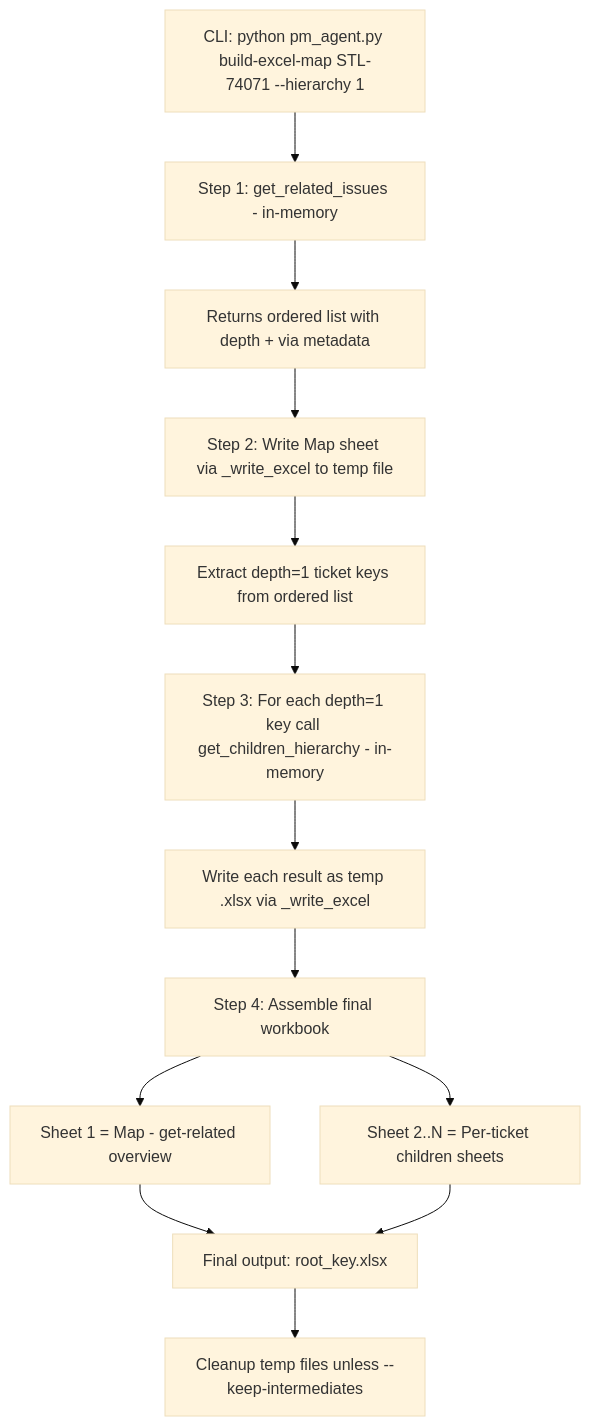
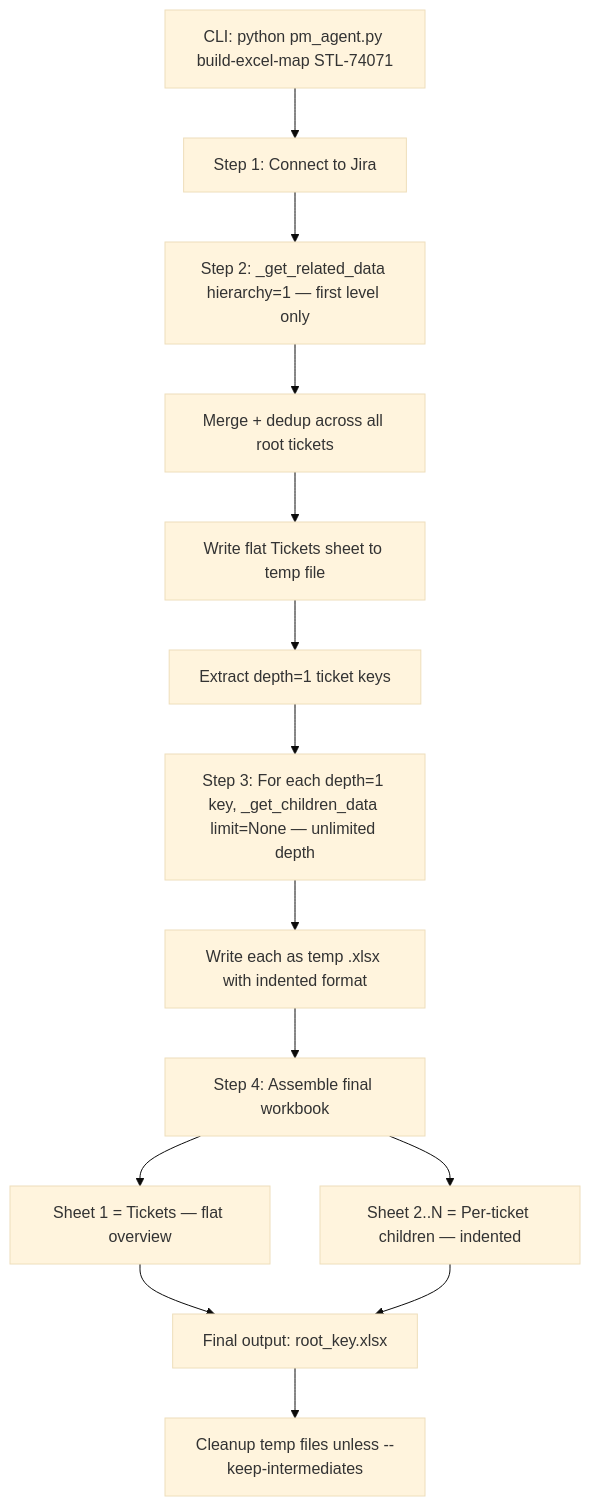
Before and after one commit to jmac-cornelis/jira-utilities: the diagram in plans/build-excel-map-architecture.md, drawn with Mermaid (base theme). The commit also changed other lines of this file and 2 other files, not shown here.

First line of the commit message:
build-excel-map: flat Tickets overview + per-ticket unlimited children

````diff
--- a/plans/build-excel-map-architecture.md
+++ b/plans/build-excel-map-architecture.md
@@ -14,15 +14,16 @@
 ```mermaid
 flowchart TD
-    A[CLI: python pm_agent.py build-excel-map STL-74071 --hierarchy 1] --> B[Step 1: get_related_issues - in-memory]
-    B --> C[Returns ordered list with depth + via metadata]
-    C --> D[Step 2: Write Map sheet via _write_excel to temp file]
-    D --> E[Extract depth=1 ticket keys from ordered list]
-    E --> F[Step 3: For each depth=1 key call get_children_hierarchy - in-memory]
-    F --> G[Write each result as temp .xlsx via _write_excel]
-    G --> H[Step 4: Assemble final workbook]
-    H --> I[Sheet 1 = Map - get-related overview]
-    H --> J[Sheet 2..N = Per-ticket children sheets]
-    I --> K[Final output: root_key.xlsx]
-    J --> K
-    K --> L[Cleanup temp files unless --keep-intermediates]
+    A[CLI: python pm_agent.py build-excel-map STL-74071] --> B[Step 1: Connect to Jira]
+    B --> C[Step 2: _get_related_data hierarchy=1 — first level only]
+    C --> D[Merge + dedup across all root tickets]
+    D --> E[Write flat Tickets sheet to temp file]
+    E --> F[Extract depth=1 ticket keys]
+    F --> G[Step 3: For each depth=1 key, _get_children_data limit=None — unlimited depth]
+    G --> H[Write each as temp .xlsx with indented format]
+    H --> I[Step 4: Assemble final workbook]
+    I --> J[Sheet 1 = Tickets — flat overview]
+    I --> K[Sheet 2..N = Per-ticket children — indented]
+    J --> L[Final output: root_key.xlsx]
+    K --> L
+    L --> M[Cleanup temp files unless --keep-intermediates]
 ```
````
